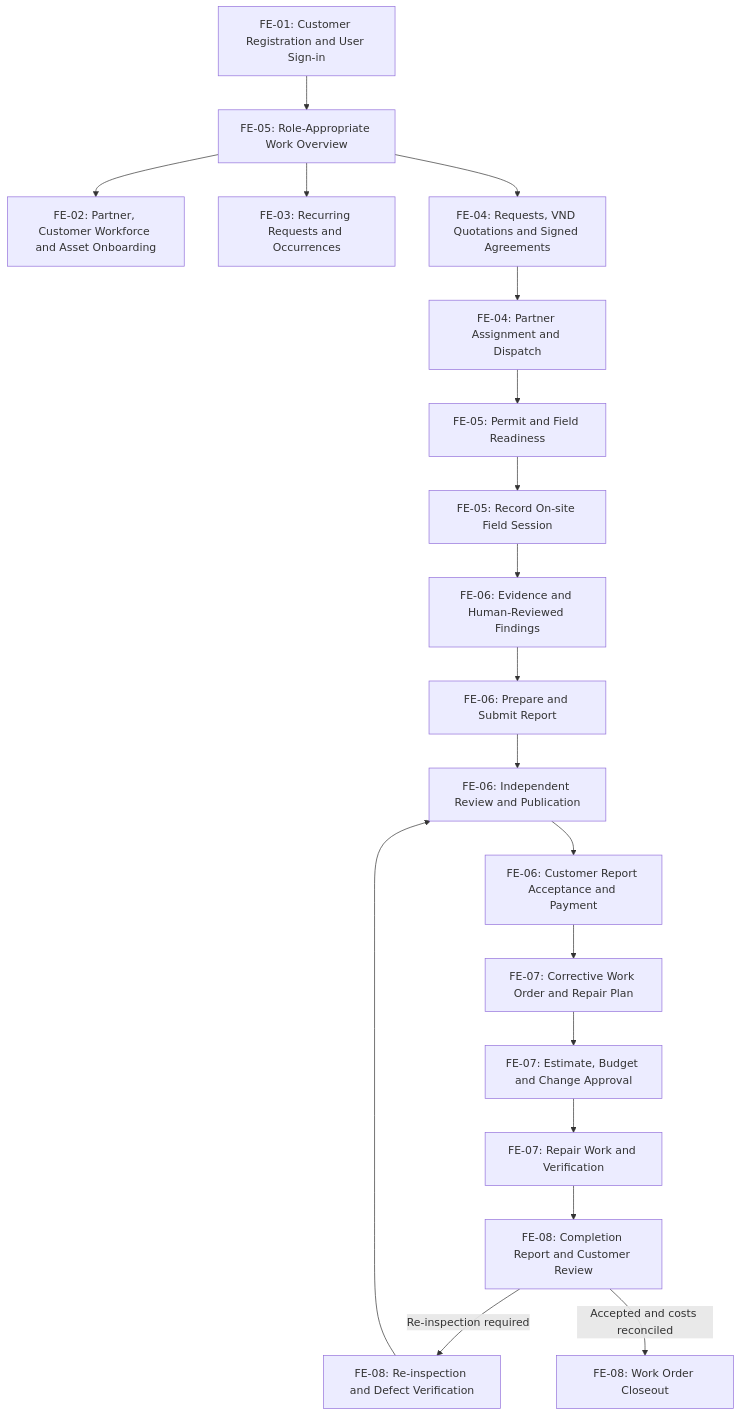
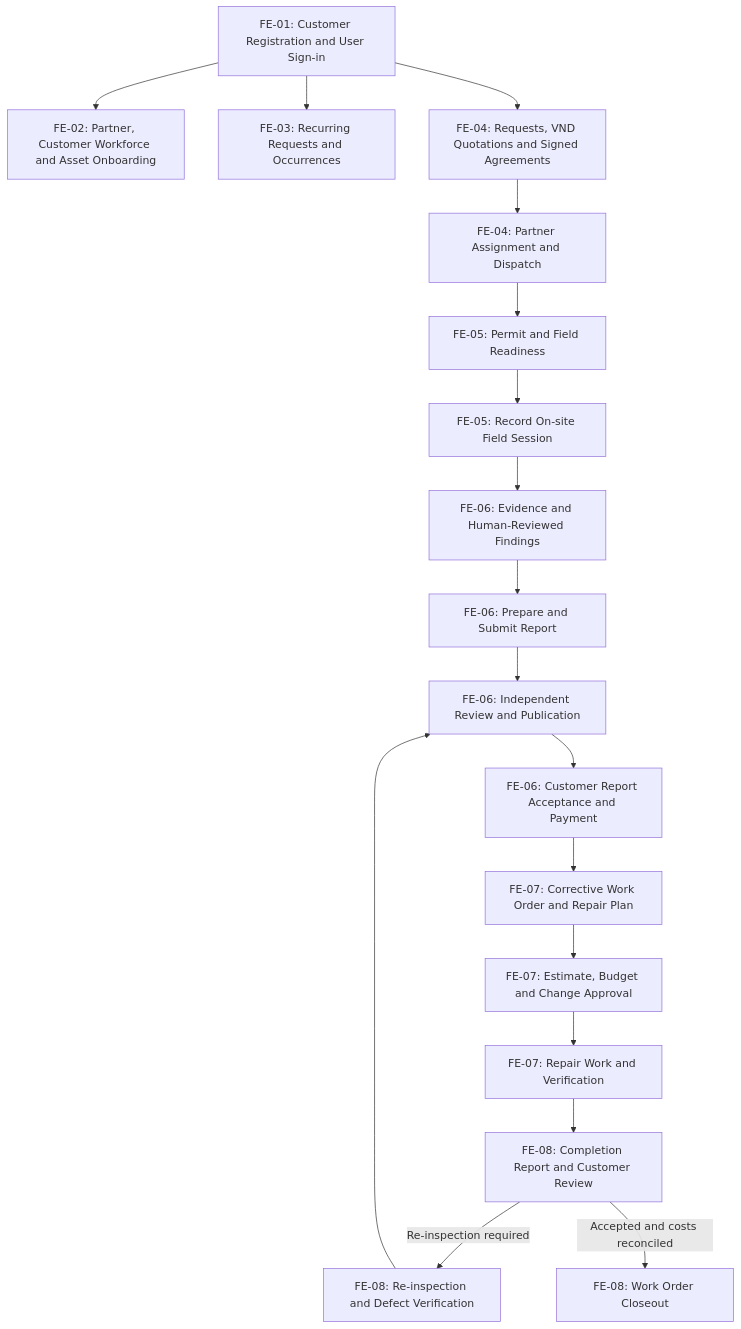
One commit to tungbach12/SmartDroneInspection-Docs changed the first of 2 diagrams in reports/report-3-software-requirement-specification/03-functional-requirements.md. Above: the diagram before and after it, drawn with Mermaid. The commit also changed other lines of this file and 206 other files, not shown here.

First line of the commit message:
docs(reports): synchronize Report 1-5 changes, update diagrams, and clean exports

````diff
--- a/reports/report-3-software-requirement-specification/03-functional-requirements.md
+++ b/reports/report-3-software-requirement-specification/03-functional-requirements.md
@@ -16,22 +16,21 @@
 ```mermaid
 %% title: Business Screens Flow Diagram
 flowchart TD
-  SIGNIN["FE-01: Customer Registration and User Sign-in"] --> HOME["FE-05: Role-Appropriate Work Overview"]
-  HOME --> ONBOARD["FE-02: Partner, Customer Workforce and Asset Onboarding"]
-  HOME --> REQUEST["FE-03: Recurring Requests and Occurrences"]
-  HOME --> QUOTE["FE-04: Requests, VND Quotations and Signed Agreements"]
+  SIGNIN["FE-01: Customer Registration and User Sign-in"] --> ONBOARD["FE-02: Partner, Customer Workforce and Asset Onboarding"]
+  SIGNIN --> REQUEST["FE-03: Recurring Requests and Occurrences"]
+  SIGNIN --> QUOTE["FE-04: Requests, VND Quotations and Signed Agreements"]
   QUOTE --> DISPATCH["FE-04: Partner Assignment and Dispatch"]
   DISPATCH --> PERMIT["FE-05: Permit and Field Readiness"]
   PERMIT --> FIELD["FE-05: Record On-site Field Session"]
   FIELD --> EVIDENCE["FE-06: Evidence and Human-Reviewed Findings"]
   EVIDENCE --> PREPARE["FE-06: Prepare and Submit Report"]
   PREPARE --> REVIEW["FE-06: Independent Review and Publication"]
   REVIEW --> PAYMENT["FE-06: Customer Report Acceptance and Payment"]
   PAYMENT --> PLAN["FE-07: Corrective Work Order and Repair Plan"]
   PLAN --> APPROVAL["FE-07: Estimate, Budget and Change Approval"]
   APPROVAL --> REPAIR["FE-07: Repair Work and Verification"]
   REPAIR --> COMPLETE["FE-08: Completion Report and Customer Review"]
   COMPLETE -->|"Re-inspection required"| REINSPECT["FE-08: Re-inspection and Defect Verification"]
   REINSPECT --> REVIEW
   COMPLETE -->|"Accepted and costs reconciled"| CLOSE["FE-08: Work Order Closeout"]
 ```
````
